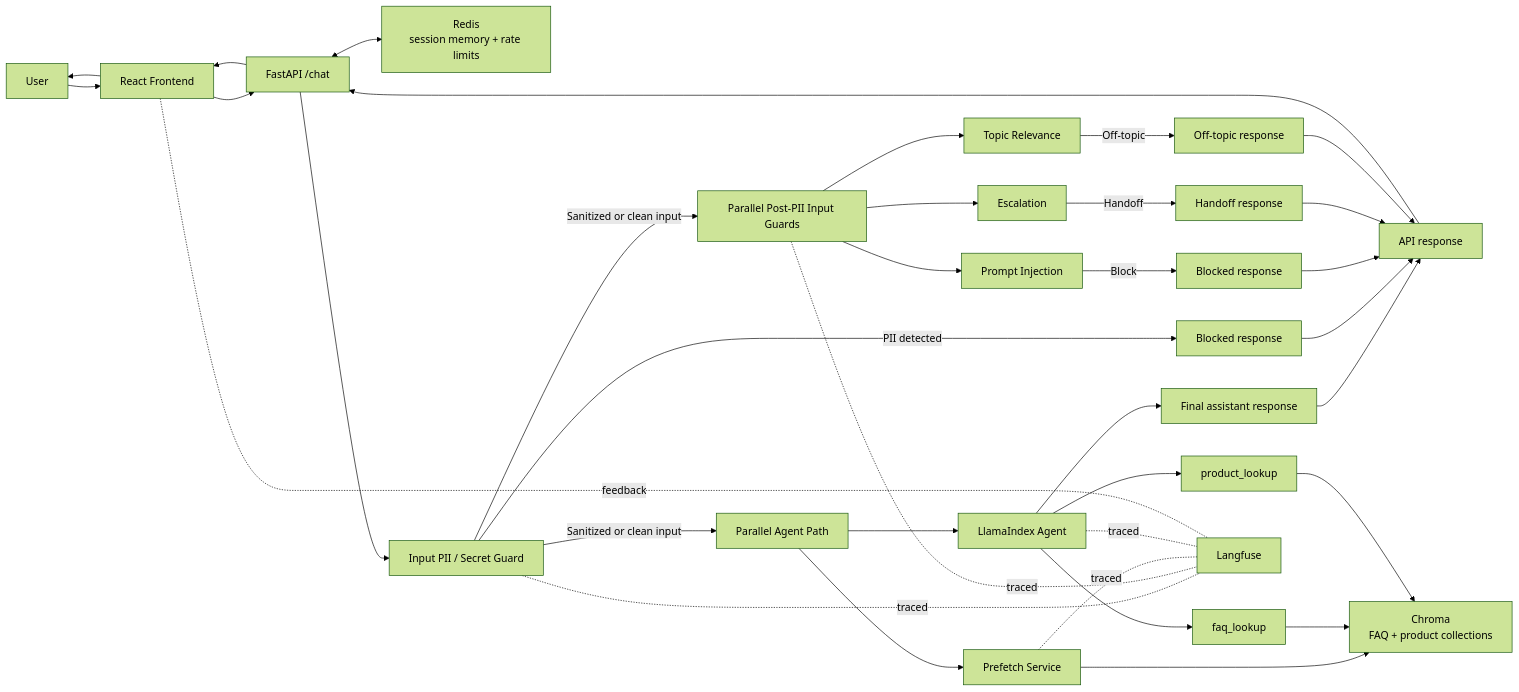
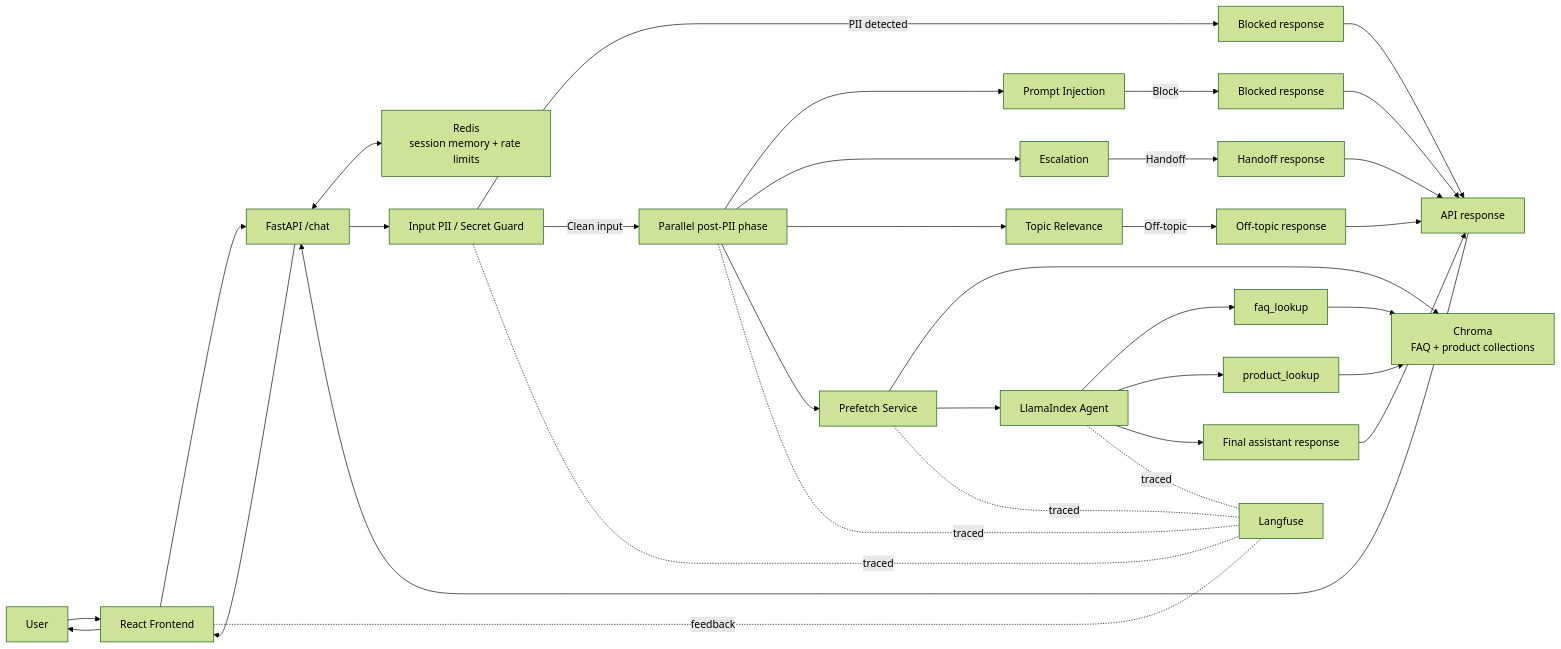
One commit to niels-2005/CustomerServiceAgent changed the first of 2 diagrams in README.md. Above: the diagram before and after it, drawn with Mermaid (forest theme). The commit also changed other lines of this file, not shown here.

Commit message:
Update README to clarify output PII detection and benchmarking details

````diff
--- a/README.md
+++ b/README.md
@@ -194,45 +187,44 @@
 ```mermaid
 flowchart LR
     A[User] --> B[React Frontend]
     B --> C[FastAPI /chat]
     C <--> M[Redis<br/>session memory + rate limits]
     N[Chroma<br/>FAQ + product collections]
 
     C --> D[Input PII / Secret Guard]
     D -->|PII detected| R1[Blocked response]
-    D -->|Sanitized or clean input| E[Parallel Post-PII Input Guards]
-    D -->|Sanitized or clean input| F[Parallel Agent Path]
+    D -->|Clean input| X[Parallel post-PII phase]
 
-    E --> E1[Prompt Injection]
-    E --> E2[Escalation]
-    E --> E3[Topic Relevance]
+    X --> E1[Prompt Injection]
+    X --> E2[Escalation]
+    X --> E3[Topic Relevance]
+    X --> P[Prefetch Service]
 
     E1 -->|Block| R2[Blocked response]
     E2 -->|Handoff| R3[Handoff response]
     E3 -->|Off-topic| R4[Off-topic response]
 
-    F --> P[Prefetch Service]
     P --> N
-    F --> G[LlamaIndex Agent]
+    P --> G[LlamaIndex Agent]
     G --> T1[faq_lookup]
     G --> T2[product_lookup]
     T1 --> N
     T2 --> N
     G --> K[Final assistant response]
 
     K --> Q[API response]
     R1 --> Q
     R2 --> Q
     R3 --> Q
     R4 --> Q
     Q --> C
     C --> B
     B --> A
 
     L[Langfuse]
     D -. traced .- L
-    E -. traced .- L
+    X -. traced .- L
     P -. traced .- L
     G -. traced .- L
     B -. feedback .- L
 ```
````
